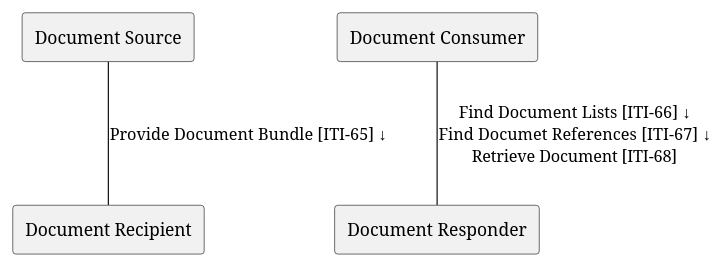
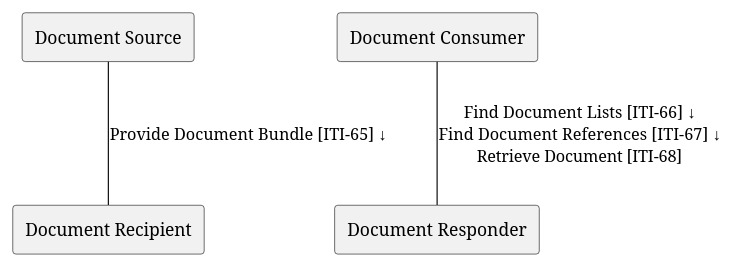
The diagram in input/images-source/ActorsAndTransactions.plantuml (IHE/ITI.MHD), drawn with PlantUML before and after one commit. The commit also changed 3 other files, not shown here.

```diff
--- a/input/images-source/ActorsAndTransactions.plantuml
+++ b/input/images-source/ActorsAndTransactions.plantuml
@@ -1,8 +1,8 @@
 @startuml
 agent "Document Source" as DocumentSource
 agent "Document Consumer" as DocumentConsumer
 agent "Document Responder" as DocumentResponder
 agent "Document Recipient" as DocumentRecipient
-DocumentConsumer -- DocumentResponder : "Find Document Lists [ITI-66] ↓\nFind Documet References [ITI-67] ↓\nRetrieve Document [ITI-68]"
+DocumentConsumer -- DocumentResponder : "Find Document Lists [ITI-66] ↓\nFind Document References [ITI-67] ↓\nRetrieve Document [ITI-68]"
 DocumentSource -- DocumentRecipient : "Provide Document Bundle [ITI-65] ↓"
 @enduml
```
